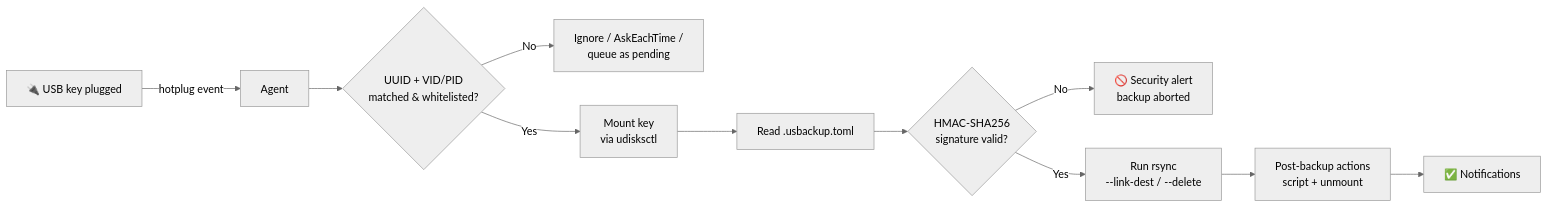
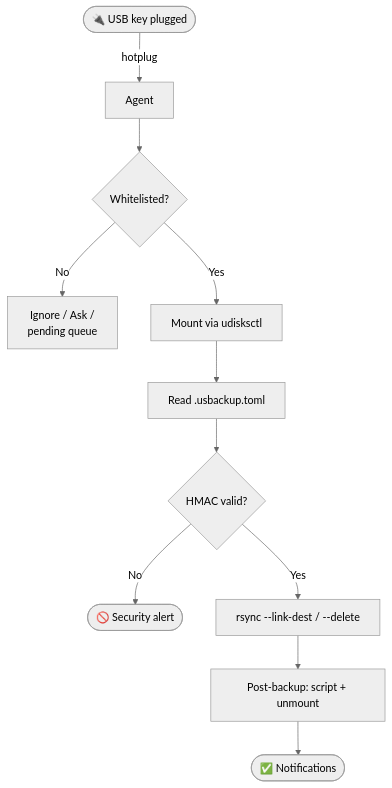
Before and after one commit to YoannDev90/USBackup: the diagram in README.md, drawn with Mermaid (neutral theme).

Commit message:
docs: switch Mermaid diagram to top-to-bottom layout
flowchart TB renders vertically instead of a single wide horizontal
row, fitting narrow viewports (mobile, split panes) without
horizontal scrolling. Labels tightened to keep nodes compact.

````diff
--- a/README.md
+++ b/README.md
@@ -84,13 +84,13 @@
 ```mermaid
-flowchart LR
-    A[🔌 USB key plugged] -->|hotplug event| B[Agent]
-    B --> C{UUID + VID/PID<br/>matched & whitelisted?}
-    C -->|No| D[Ignore / AskEachTime /<br/>queue as pending]
-    C -->|Yes| E[Mount key<br/>via udisksctl]
+flowchart TB
+    A([🔌 USB key plugged]) -->|hotplug| B[Agent]
+    B --> C{Whitelisted?}
+    C -->|No| D[Ignore / Ask /<br/>pending queue]
+    C -->|Yes| E[Mount via udisksctl]
     E --> F[Read .usbackup.toml]
-    F --> G{HMAC-SHA256<br/>signature valid?}
-    G -->|No| H[🚫 Security alert<br/>backup aborted]
-    G -->|Yes| I[Run rsync<br/>--link-dest / --delete]
-    I --> J[Post-backup actions<br/>script + unmount]
-    J --> K[✅ Notifications]
+    F --> G{HMAC valid?}
+    G -->|No| H([🚫 Security alert])
+    G -->|Yes| I[rsync --link-dest / --delete]
+    I --> J[Post-backup: script + unmount]
+    J --> K([✅ Notifications])
 ```
````
